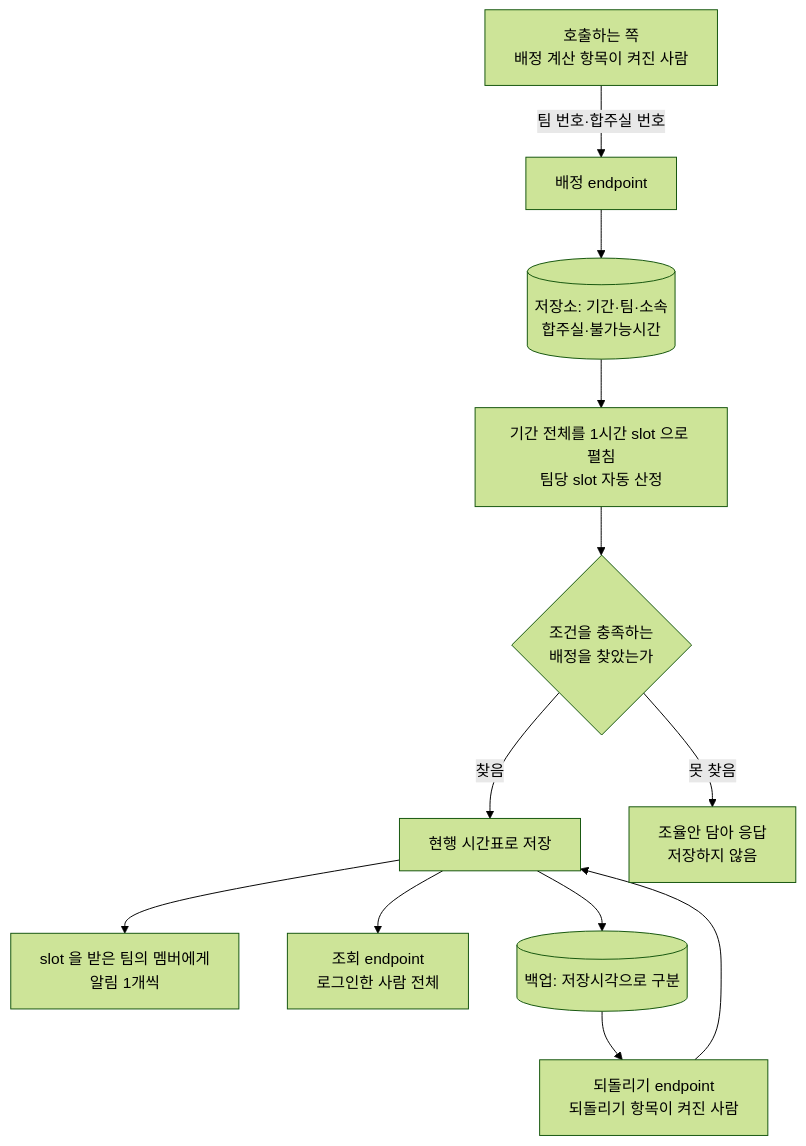
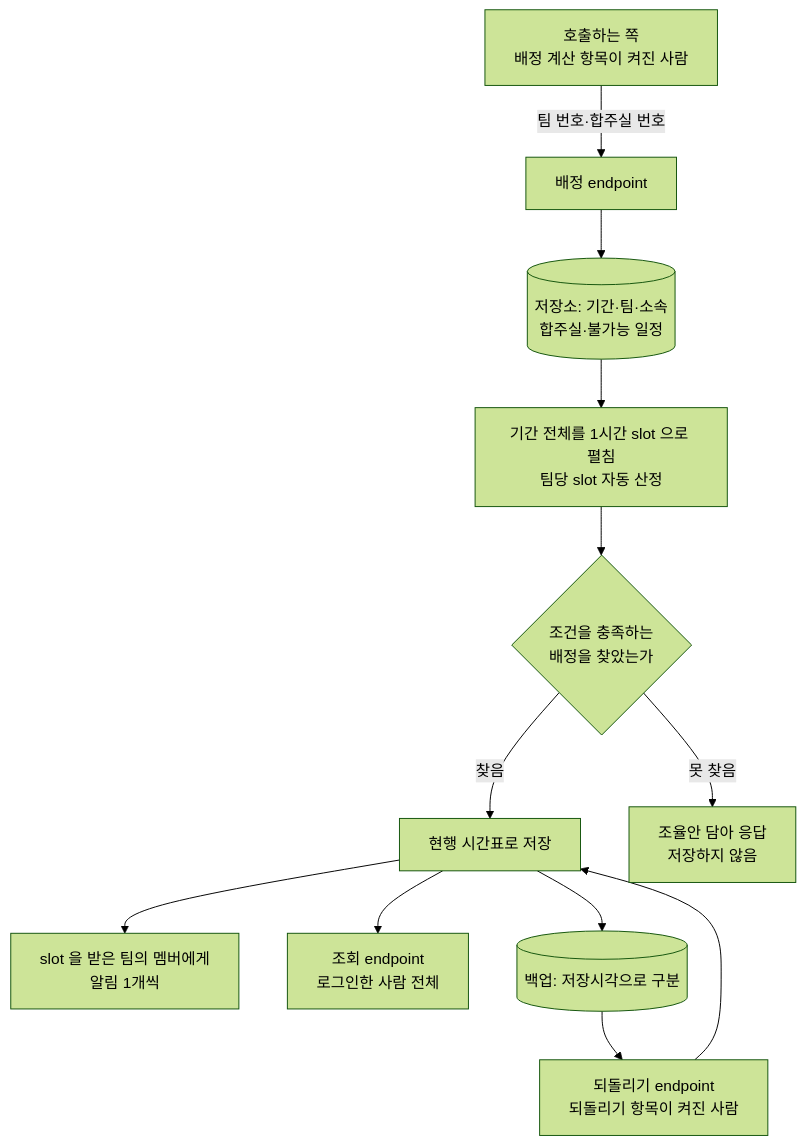
One commit to minkong-dev/Banblit changed the diagram in .cluedoc/scheduling-api/period-assignment/README.md. Above: the diagram before and after it, drawn with Mermaid (forest theme). The commit also changed other lines of this file and 12 other files, not shown here.

````diff
--- a/.cluedoc/scheduling-api/period-assignment/README.md
+++ b/.cluedoc/scheduling-api/period-assignment/README.md
@@ -21,14 +21,14 @@
 ```mermaid
 flowchart TD
     R[호출하는 쪽<br/>배정 계산 항목이 켜진 사람] -->|팀 번호·합주실 번호| A[배정 endpoint]
-    A --> D[(저장소: 기간·팀·소속<br/>합주실·불가능시간)]
+    A --> D[(저장소: 기간·팀·소속<br/>합주실·불가능 일정)]
     D --> E[기간 전체를 1시간 slot 으로 펼침<br/>팀당 slot 자동 산정]
     E --> F{조건을 충족하는<br/>배정을 찾았는가}
     F -->|찾음| S[현행 시간표로 저장]
     F -->|못 찾음| P[조율안 담아 응답<br/>저장하지 않음]
     S --> W[slot 을 받은 팀의 멤버에게<br/>알림 1개씩]
     S --> G[조회 endpoint<br/>로그인한 사람 전체]
     S --> B[(백업: 저장시각으로 구분)]
     B --> K[되돌리기 endpoint<br/>되돌리기 항목이 켜진 사람]
     K --> S
 ```
````
